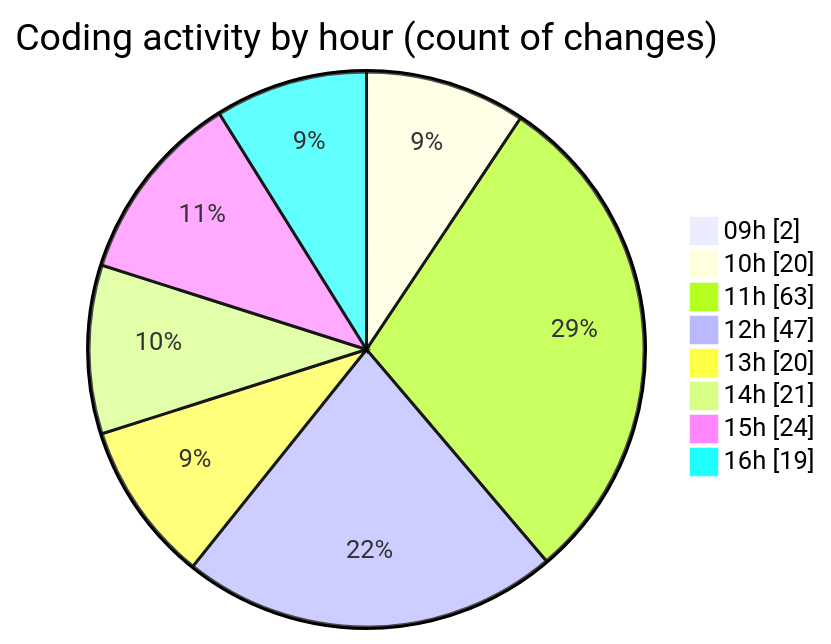
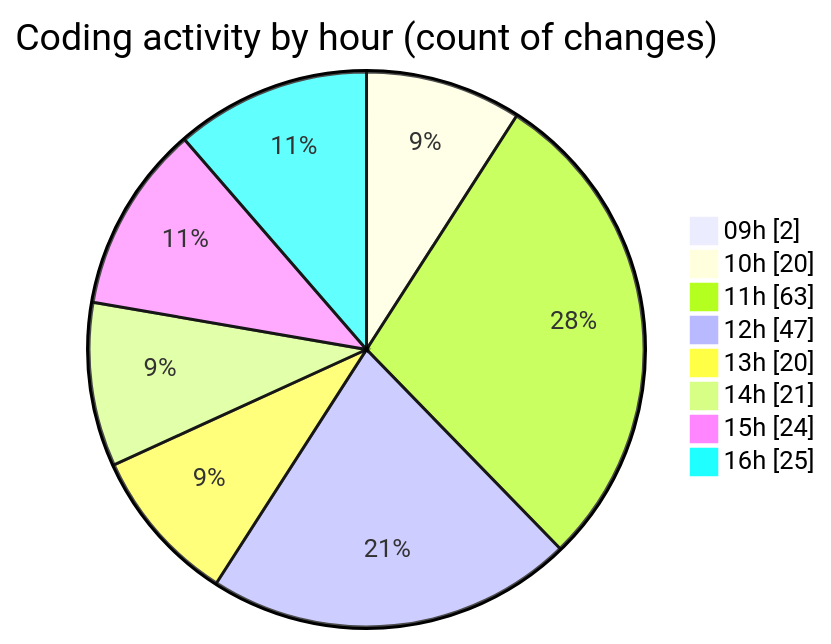
Before and after one commit to momahboobian/code-tracking: the second of 2 diagrams in 2025-04-08/cda/README.md, drawn with Mermaid. The commit also changed other lines of this file and 1 other file, not shown here.

````diff
--- a/2025-04-08/cda/README.md
+++ b/2025-04-08/cda/README.md
@@ -42,12 +42,12 @@
 ```mermaid
 pie showData
 title Coding activity by hour (count of changes)
 "09h" : 2
 "10h" : 20
 "11h" : 63
 "12h" : 47
 "13h" : 20
 "14h" : 21
 "15h" : 24
-"16h" : 19
+"16h" : 25
 ```
````
